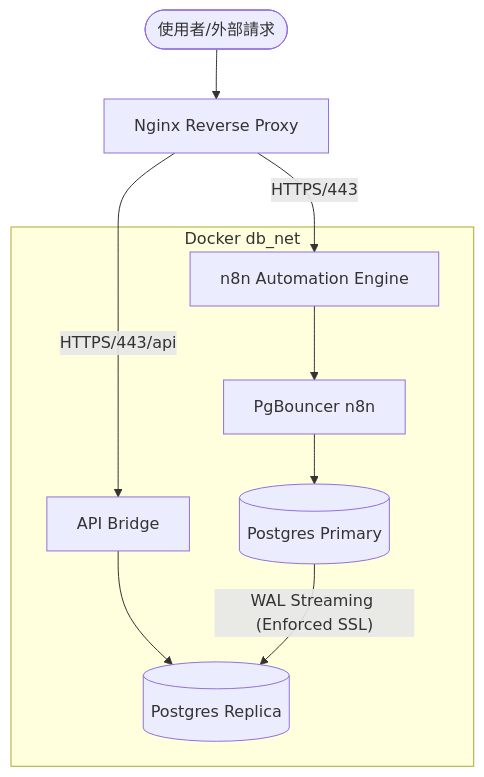
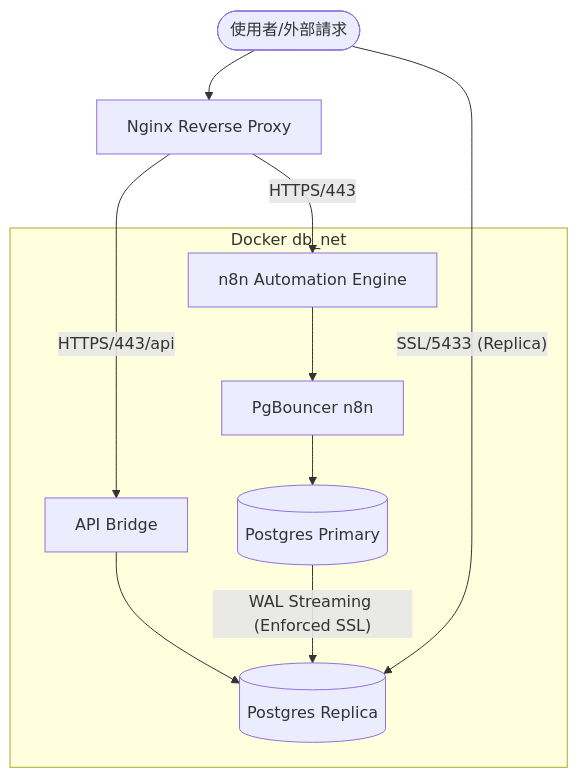
Before and after one commit to cosmic1330/n8n-postgres-docker-compose: the diagram in memory-docs/architecture.md, drawn with Mermaid. The commit also changed 7 other files, not shown here.

````diff
--- a/memory-docs/architecture.md
+++ b/memory-docs/architecture.md
@@ -7,15 +7,17 @@
 ```mermaid
 graph TD
     User([使用者/外部請求]) --> Nginx[Nginx Reverse Proxy]
     Nginx -- HTTPS/443 --> n8n[n8n Automation Engine]
     Nginx -- HTTPS/443/api --> APIB[API Bridge]
 
     subgraph Internal_Network [Docker db_net]
         APIB --> DB_Replica[(Postgres Replica)]
 
         n8n --> pgb_n8n[PgBouncer n8n]
         pgb_n8n --> DB_Primary[(Postgres Primary)]
 
         DB_Primary -- WAL Streaming (Enforced SSL) --> DB_Replica
     end
+
+    User -- "SSL/5433 (Replica)" --> DB_Replica
 ```
````
